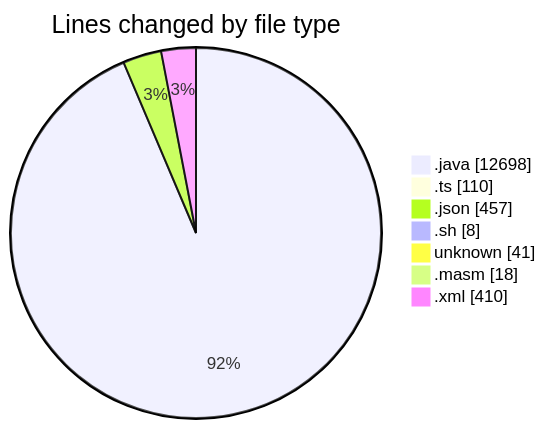
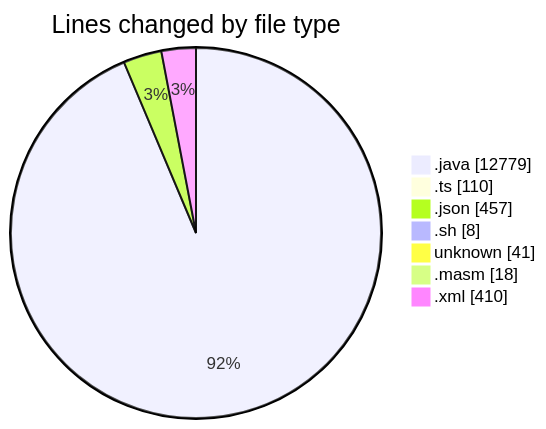
The first of 2 diagrams in 2025-02-20/micros/README.md (charlie-sans/code-tracking), drawn with Mermaid before and after one commit. The commit also changed other lines of this file and 1 other file, not shown here.

````diff
--- a/2025-02-20/micros/README.md
+++ b/2025-02-20/micros/README.md
@@ -59,11 +59,11 @@
 ```mermaid
 pie showData
 title Lines changed by file type
-".java" : 12698
+".java" : 12779
 ".ts" : 110
 ".json" : 457
 ".sh" : 8
 "unknown" : 41
 ".masm" : 18
 ".xml" : 410
 ```
````
